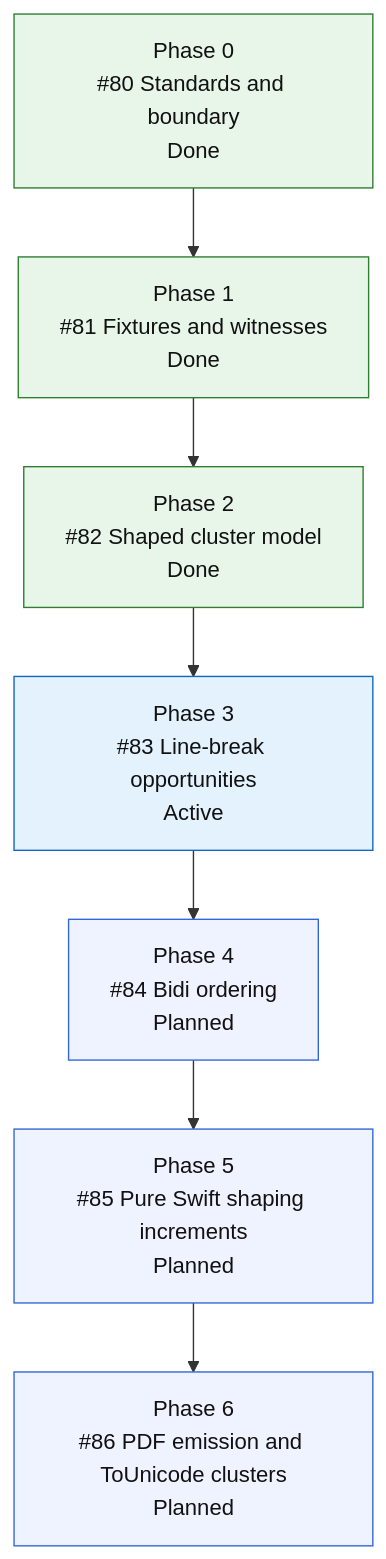
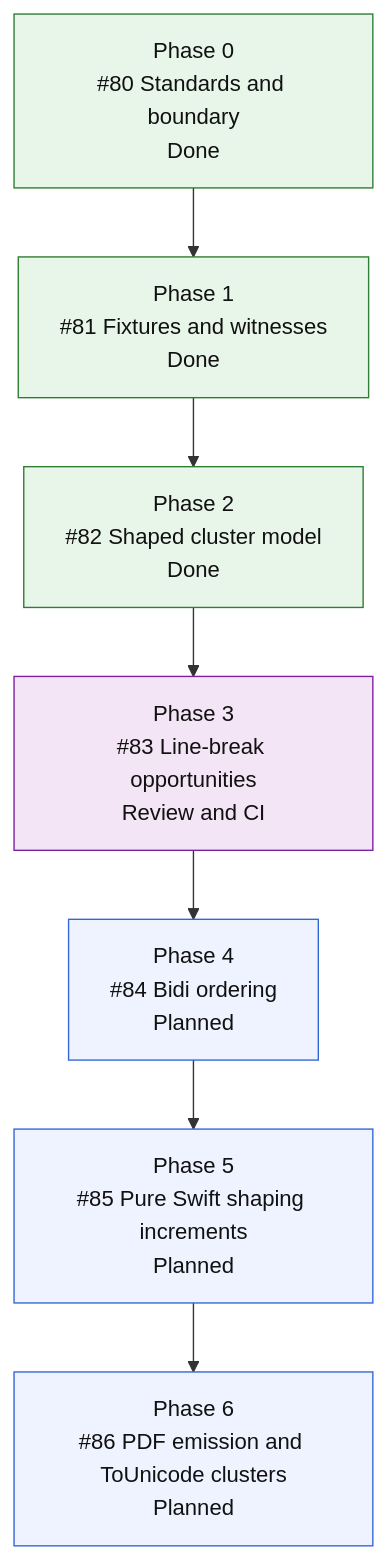
One commit to mihaelamj/MarkdownPDF changed the fourth of 4 diagrams in README.md. Above: the diagram before and after it, drawn with Mermaid. The commit also changed 1 other file, not shown here.

Commit message:
docs(roadmap): mark line break issue in review

````diff
--- a/README.md
+++ b/README.md
@@ -300,21 +300,21 @@
 ```mermaid
 flowchart TD
     S0["Phase 0<br/>#80 Standards and boundary<br/>Done"]
     S1["Phase 1<br/>#81 Fixtures and witnesses<br/>Done"]
     S2["Phase 2<br/>#82 Shaped cluster model<br/>Done"]
-    S3["Phase 3<br/>#83 Line-break opportunities<br/>Active"]
+    S3["Phase 3<br/>#83 Line-break opportunities<br/>Review and CI"]
     S4["Phase 4<br/>#84 Bidi ordering<br/>Planned"]
     S5["Phase 5<br/>#85 Pure Swift shaping increments<br/>Planned"]
     S6["Phase 6<br/>#86 PDF emission and ToUnicode clusters<br/>Planned"]
 
     S0 --> S1 --> S2 --> S3 --> S4 --> S5 --> S6
 
     classDef done fill:#e8f5e9,stroke:#2e7d32,color:#111;
     classDef active fill:#e3f2fd,stroke:#1565c0,color:#111;
     classDef review fill:#f3e5f5,stroke:#7b1fa2,color:#111;
     classDef next fill:#fff8e1,stroke:#f9a825,color:#111;
     classDef todo fill:#eef3ff,stroke:#3367d6,color:#111;
     class S0,S1,S2 done;
-    class S3 active;
+    class S3 review;
     class S4,S5,S6 todo;
 ```
````
